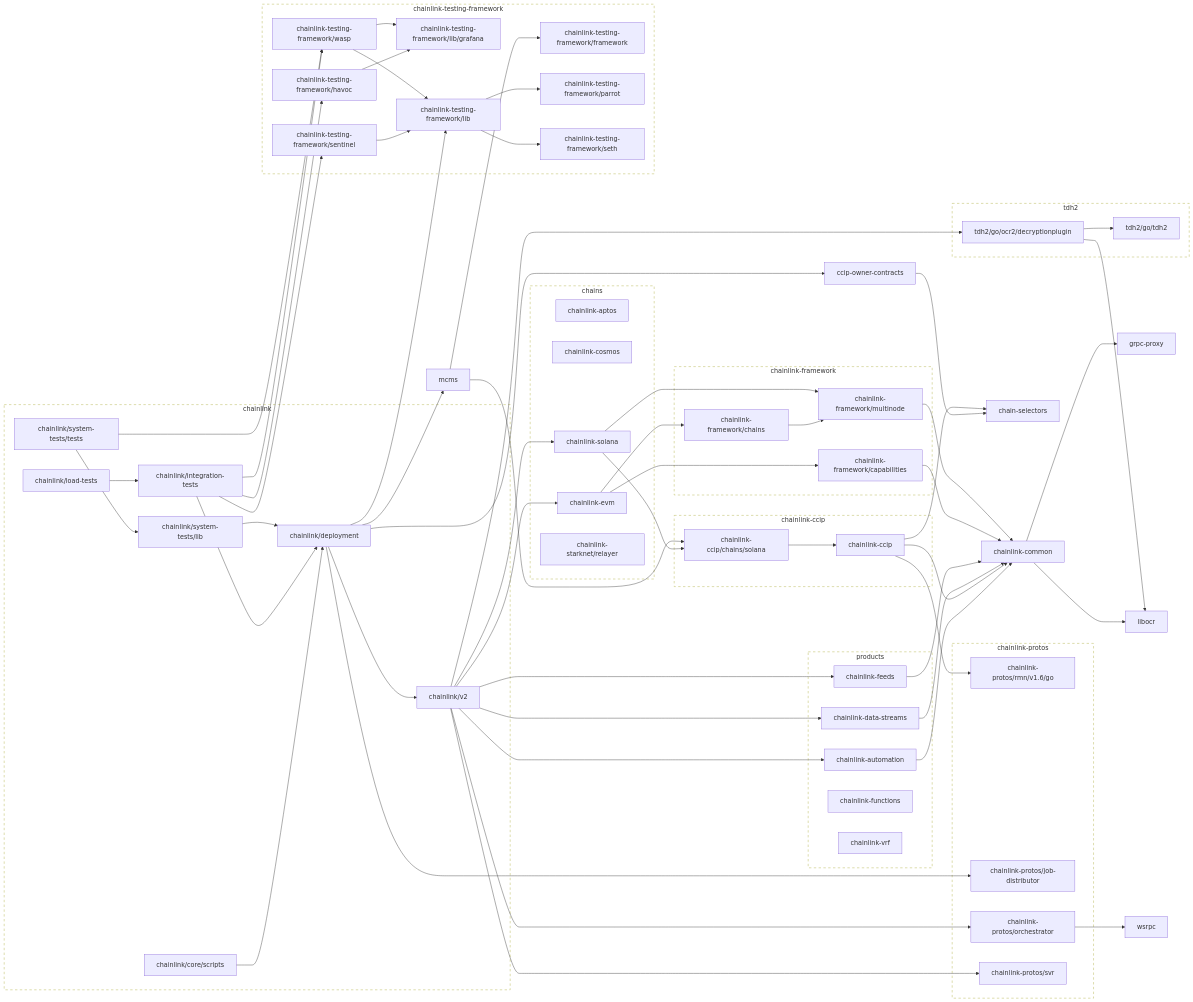
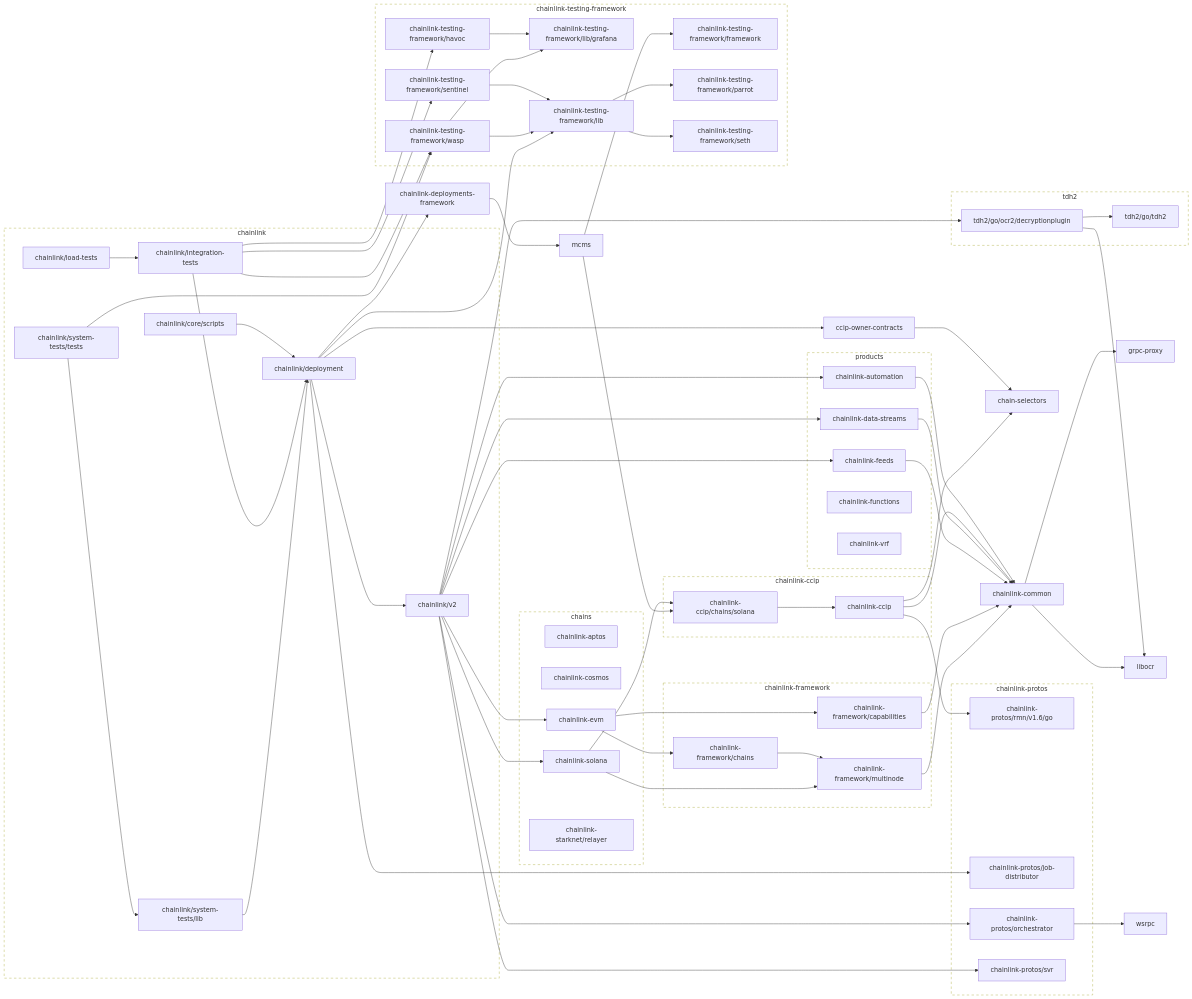
Before and after one commit to JohnDaWalka/chainlink: the second of 2 diagrams in go.md, drawn with Mermaid. The commit also changed 32 other files, not shown here.

```diff
--- a/go.md
+++ b/go.md
@@ -145,6 +145,8 @@
 	click chainlink-common href "https://github.com/smartcontractkit/chainlink-common"
 	chainlink-data-streams --> chainlink-common
 	click chainlink-data-streams href "https://github.com/smartcontractkit/chainlink-data-streams"
+	chainlink-deployments-framework --> mcms
+	click chainlink-deployments-framework href "https://github.com/smartcontractkit/chainlink-deployments-framework"
 	chainlink-evm --> chainlink-framework/capabilities
 	chainlink-evm --> chainlink-framework/chains
 	click chainlink-evm href "https://github.com/smartcontractkit/chainlink-evm"
@@ -188,10 +190,10 @@
 	chainlink/core/scripts --> chainlink/deployment
 	click chainlink/core/scripts href "https://github.com/smartcontractkit/chainlink"
 	chainlink/deployment --> ccip-owner-contracts
+	chainlink/deployment --> chainlink-deployments-framework
 	chainlink/deployment --> chainlink-protos/job-distributor
 	chainlink/deployment --> chainlink-testing-framework/lib
 	chainlink/deployment --> chainlink/v2
-	chainlink/deployment --> mcms
 	click chainlink/deployment href "https://github.com/smartcontractkit/chainlink"
 	chainlink/integration-tests --> chainlink-testing-framework/havoc
 	chainlink/integration-tests --> chainlink-testing-framework/sentinel
```
